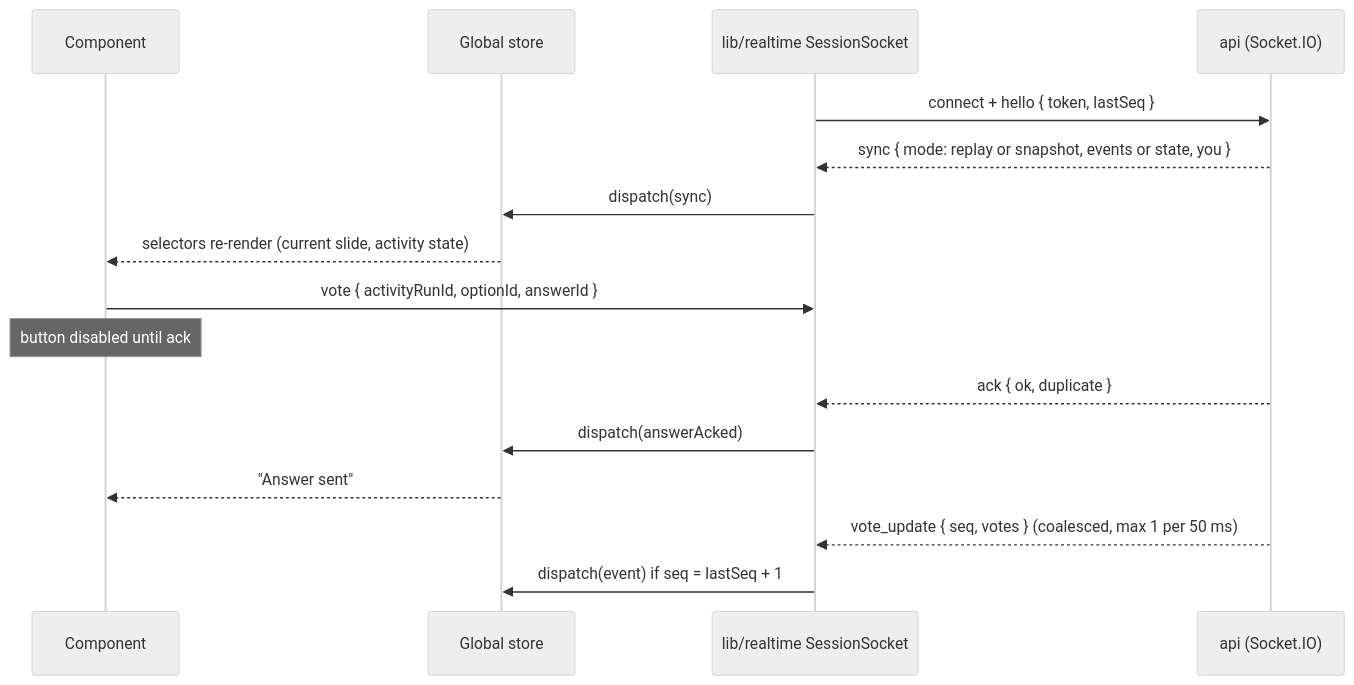
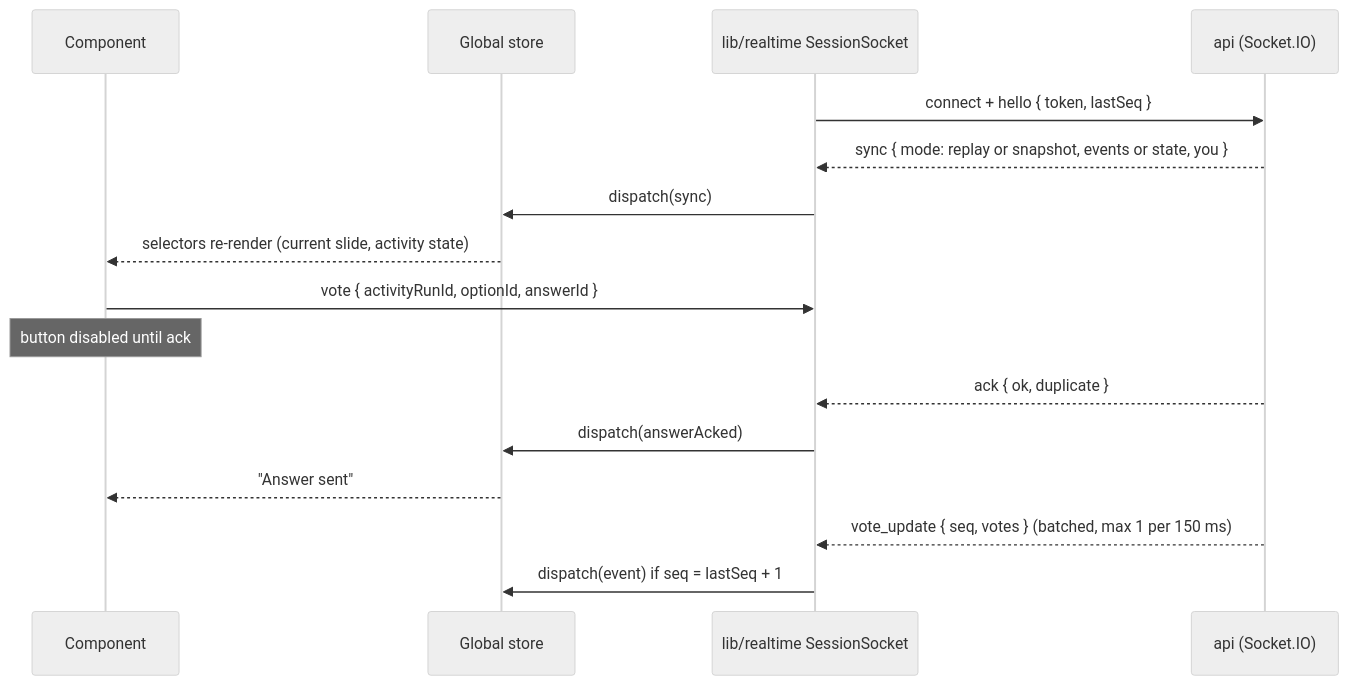
Before and after one commit to lnwwaveza007/ModDeck: the fifth of 9 diagrams in docs/exam02/technical-design.md, drawn with Mermaid (neutral theme). The commit also changed other lines of this file and 12 other files, not shown here.

````diff
--- a/docs/exam02/technical-design.md
+++ b/docs/exam02/technical-design.md
@@ -312,19 +312,19 @@
 ```mermaid
 sequenceDiagram
     participant UI as Component
     participant Store as Global store
     participant Sock as lib/realtime SessionSocket
     participant API as api (Socket.IO)
 
     Sock->>API: connect + hello { token, lastSeq }
     API-->>Sock: sync { mode: replay or snapshot, events or state, you }
     Sock->>Store: dispatch(sync)
     Store-->>UI: selectors re-render (current slide, activity state)
     UI->>Sock: vote { activityRunId, optionId, answerId }
     Note over UI: button disabled until ack
     API-->>Sock: ack { ok, duplicate }
     Sock->>Store: dispatch(answerAcked)
     Store-->>UI: "Answer sent"
-    API-->>Sock: vote_update { seq, votes } (coalesced, max 1 per 50 ms)
+    API-->>Sock: vote_update { seq, votes } (batched, max 1 per 150 ms)
     Sock->>Store: dispatch(event) if seq = lastSeq + 1
 ```
````
